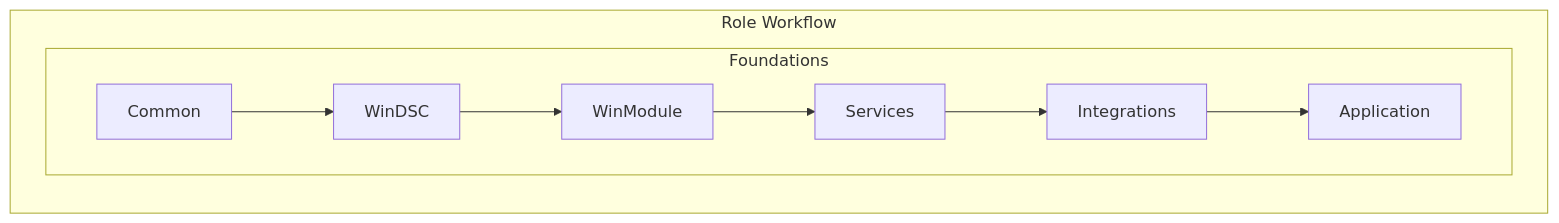
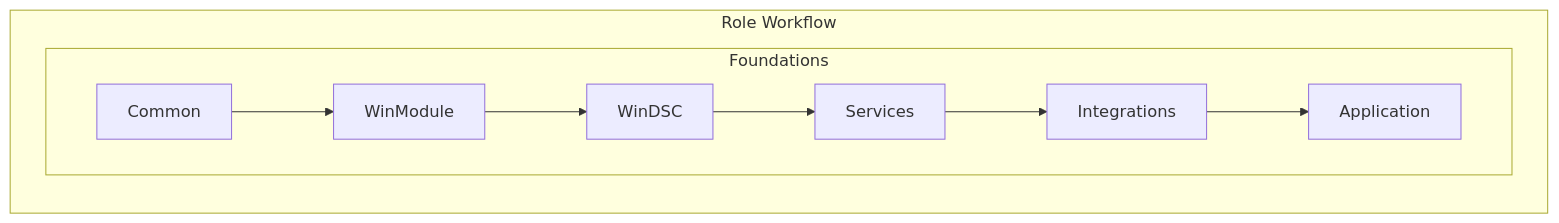
The diagram in ansible-WinRM-lab/README.md (slagathor34/awx-lab), drawn with Mermaid before and after one commit. The commit also changed 1 other file, not shown here.

Commit message:
Install cChoco and Package Installer

````diff
--- a/ansible-WinRM-lab/README.md
+++ b/ansible-WinRM-lab/README.md
@@ -222,13 +222,13 @@
 ``` mermaid
 flowchart LR
   subgraph Role Workflow
     subgraph Foundations
-      Node0[Common] --> Node1[WinDSC]
-      Node1[WinDSC] --> Node2[WinModule]
-      Node2[WinModule] --> Node3[Services]
+      Node0[Common] --> Node1[WinModule]
+      Node1[WinModule] --> Node2[WinDSC]
+      Node2[WinDSC] --> Node3[Services]
       Node3[Services] --> Node4[Integration]
       Node4[Integrations] --> Node5[Application]
     end
   end
 
 ```
````
